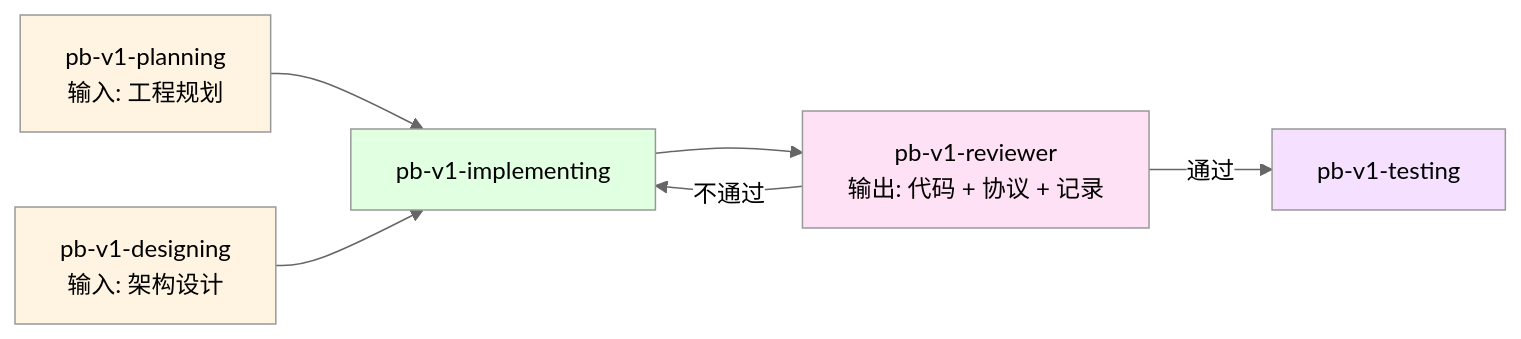
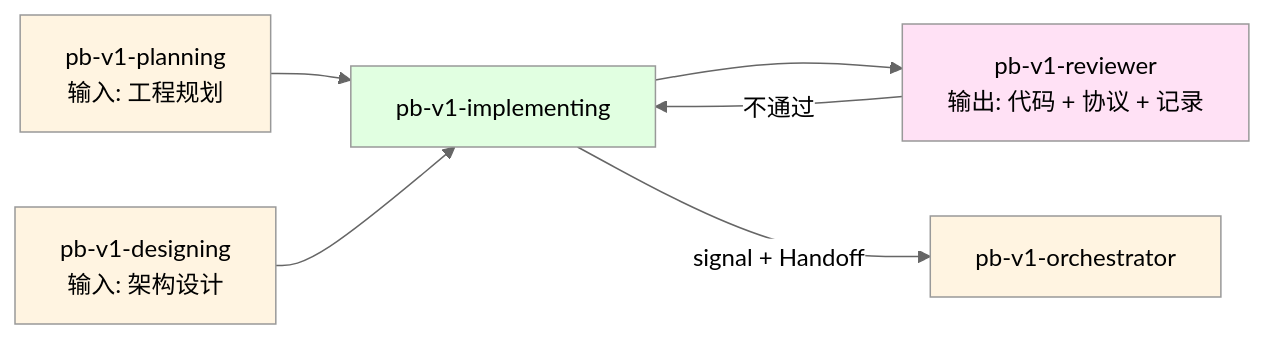
One commit to chenchiyuan/powerby-skills changed the third of 3 diagrams in skills/pb-v1-implementing/SKILL.md. Above: the diagram before and after it, drawn with Mermaid (neutral theme). The commit also changed other lines of this file and 58 other files, not shown here.

````diff
--- a/skills/pb-v1-implementing/SKILL.md
+++ b/skills/pb-v1-implementing/SKILL.md
@@ -555,14 +577,14 @@
 ```mermaid
 graph LR
     PLA[pb-v1-planning<br/>输入: 工程规划] --> IMP[pb-v1-implementing]
     DES[pb-v1-designing<br/>输入: 架构设计] --> IMP
     IMP --> REV[pb-v1-reviewer<br/>输出: 代码 + 协议 + 记录]
-    REV -->|通过| TST[pb-v1-testing]
     REV -->|不通过| IMP
+    IMP -->|signal + Handoff| ORC[pb-v1-orchestrator]
     
     style PLA fill:#fff4e1
     style DES fill:#fff4e1
     style IMP fill:#e1ffe1
     style REV fill:#ffe1f5
-    style TST fill:#f5e1ff
+    style ORC fill:#fff4e1
 ```
````
